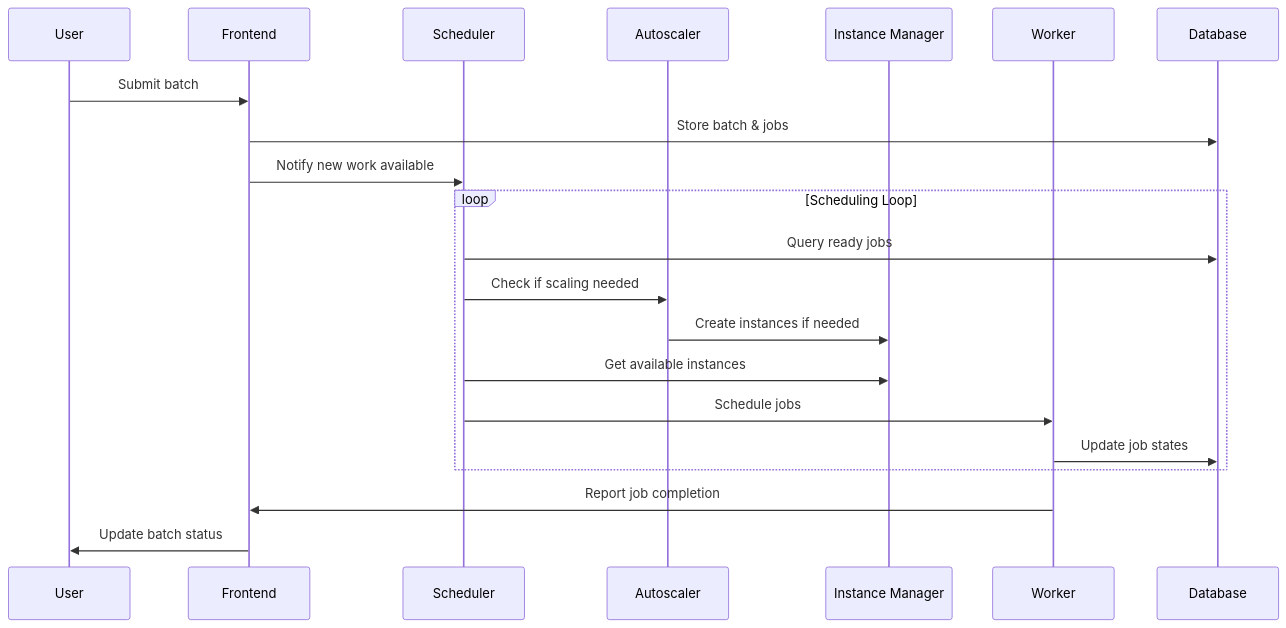
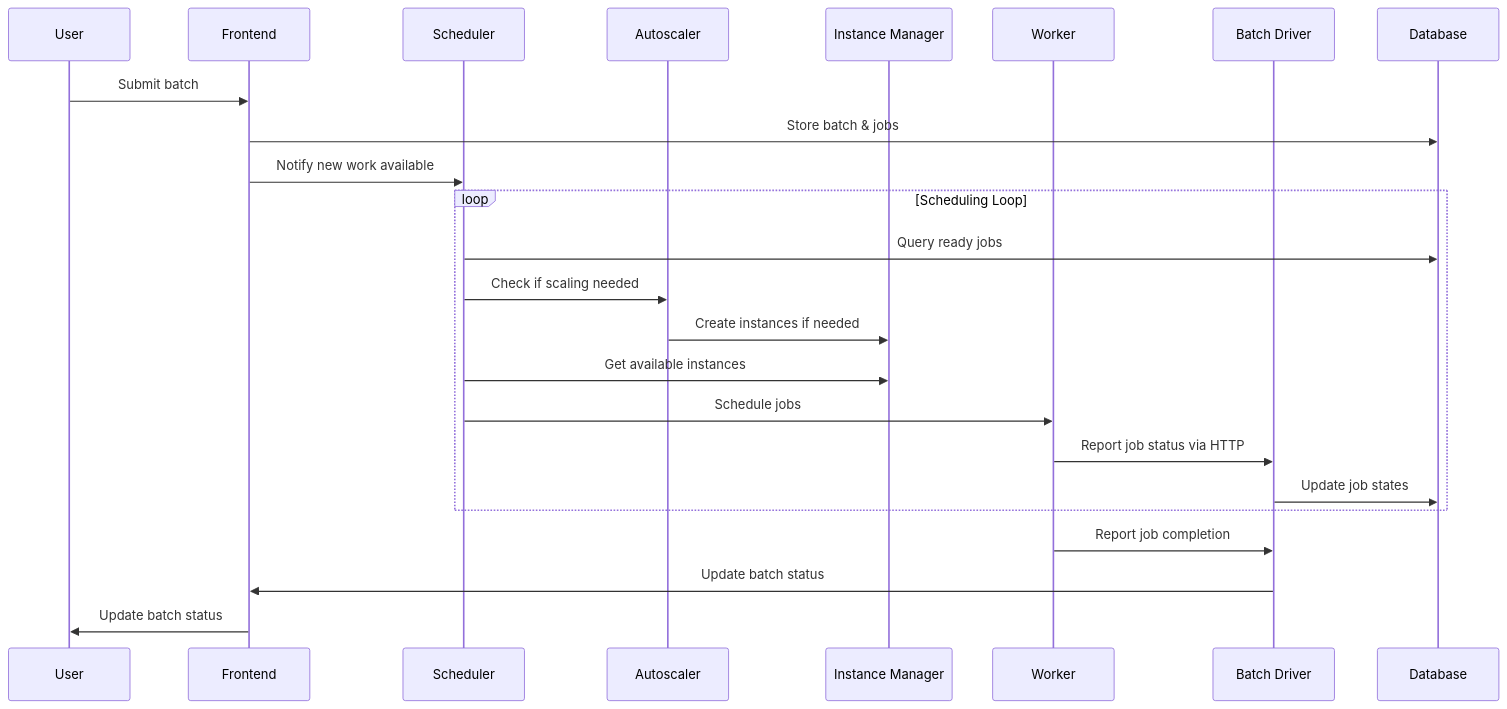
The ninth of 9 diagrams in dev-docs/services/batch/code-structure.md (cjllanwarne/hail), drawn with Mermaid before and after one commit. The commit also changed other lines of this file, not shown here.

````diff
--- a/dev-docs/services/batch/code-structure.md
+++ b/dev-docs/services/batch/code-structure.md
@@ -385,26 +388,29 @@
 ```mermaid
 sequenceDiagram
     participant U as User
     participant FE as Frontend
     participant SC as Scheduler
     participant AS as Autoscaler
     participant ICM as Instance Manager
     participant W as Worker
+    participant BD as Batch Driver
     participant DB as Database
     
     U->>FE: Submit batch
     FE->>DB: Store batch & jobs
     FE->>SC: Notify new work available
     
     loop Scheduling Loop
         SC->>DB: Query ready jobs
         SC->>AS: Check if scaling needed
         AS->>ICM: Create instances if needed
         SC->>ICM: Get available instances
         SC->>W: Schedule jobs
-        W->>DB: Update job states
+        W->>BD: Report job status via HTTP
+        BD->>DB: Update job states
     end
     
-    W->>FE: Report job completion
+    W->>BD: Report job completion
+    BD->>FE: Update batch status
     FE->>U: Update batch status
 ```
````
